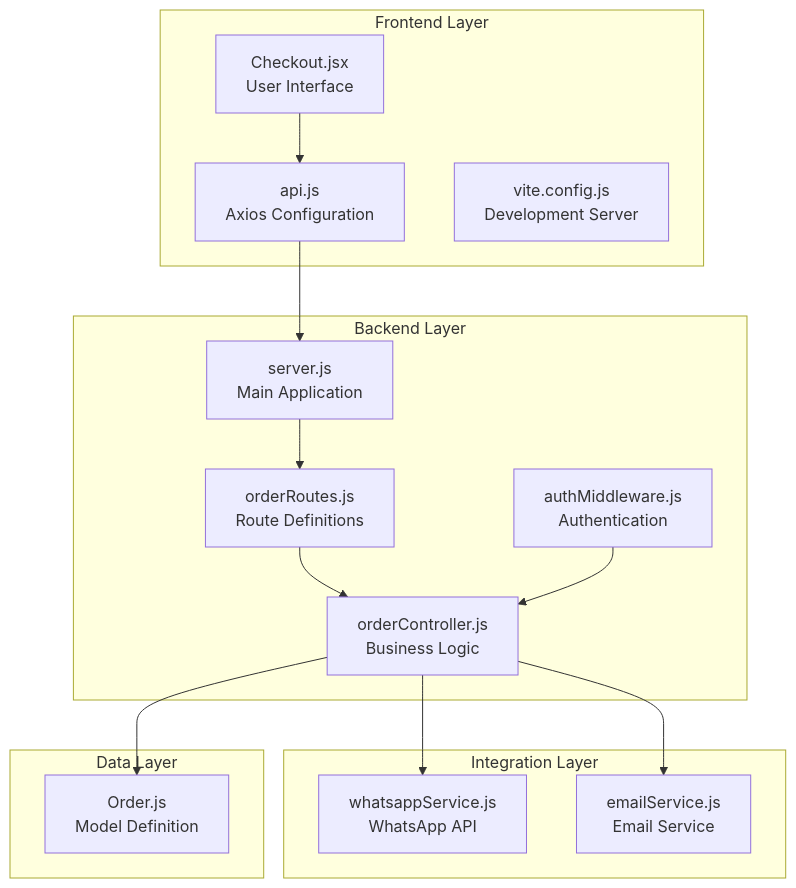
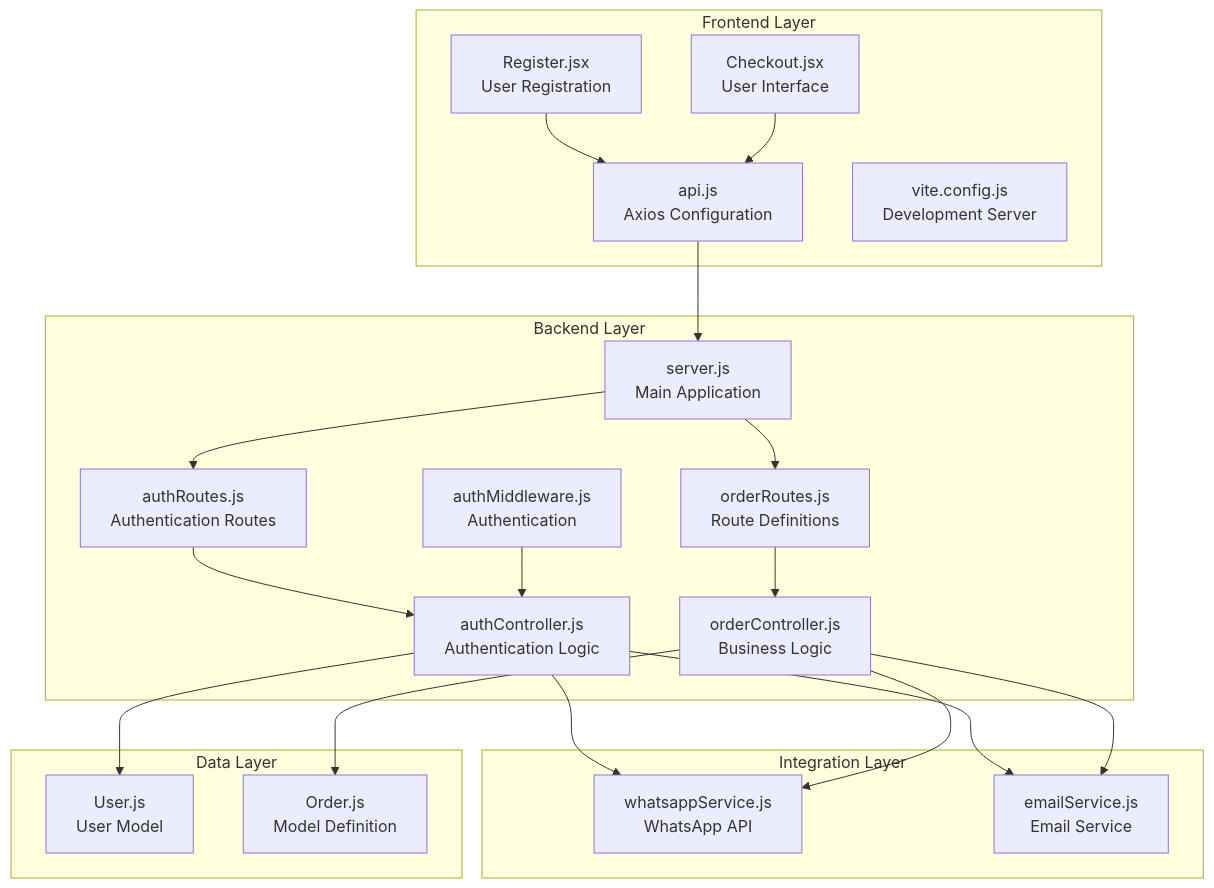
The first of 5 diagrams in .qoder/repowiki/en/content/Backend API Documentation/WhatsApp Business Integration.md (Pavan-PSPK9032/TrendsandToss), drawn with Mermaid before and after one commit. The commit also changed other lines of this file and 24 other files, not shown here.

````diff
--- a/.qoder/repowiki/en/content/Backend API Documentation/WhatsApp Business Integration.md
+++ b/.qoder/repowiki/en/content/Backend API Documentation/WhatsApp Business Integration.md
@@ -41,29 +55,39 @@
 ```mermaid
 graph TB
 subgraph "Frontend Layer"
+FE_Register["Register.jsx<br/>User Registration"]
 FE_Checkout["Checkout.jsx<br/>User Interface"]
 FE_API["api.js<br/>Axios Configuration"]
 FE_Vite["vite.config.js<br/>Development Server"]
 end
 subgraph "Backend Layer"
 BE_Server["server.js<br/>Main Application"]
-BE_Routes["orderRoutes.js<br/>Route Definitions"]
-BE_Controller["orderController.js<br/>Business Logic"]
+BE_Routes["authRoutes.js<br/>Authentication Routes"]
+BE_OrderRoutes["orderRoutes.js<br/>Route Definitions"]
+BE_AuthController["authController.js<br/>Authentication Logic"]
+BE_OrderController["orderController.js<br/>Business Logic"]
 BE_Middleware["authMiddleware.js<br/>Authentication"]
 end
 subgraph "Integration Layer"
 INT_WhatsApp["whatsappService.js<br/>WhatsApp API"]
 INT_Email["emailService.js<br/>Email Service"]
 end
 subgraph "Data Layer"
+DATA_User["User.js<br/>User Model"]
 DATA_Order["Order.js<br/>Model Definition"]
 end
+FE_Register --> FE_API
 FE_Checkout --> FE_API
 FE_API --> BE_Server
 BE_Server --> BE_Routes
-BE_Routes --> BE_Controller
-BE_Controller --> INT_WhatsApp
-BE_Controller --> INT_Email
-BE_Controller --> DATA_Order
-BE_Middleware --> BE_Controller
+BE_Server --> BE_OrderRoutes
+BE_Routes --> BE_AuthController
+BE_OrderRoutes --> BE_OrderController
+BE_AuthController --> INT_Email
+BE_AuthController --> INT_WhatsApp
+BE_OrderController --> INT_WhatsApp
+BE_OrderController --> INT_Email
+BE_OrderController --> DATA_Order
+BE_AuthController --> DATA_User
+BE_Middleware --> BE_AuthController
 ```
````
